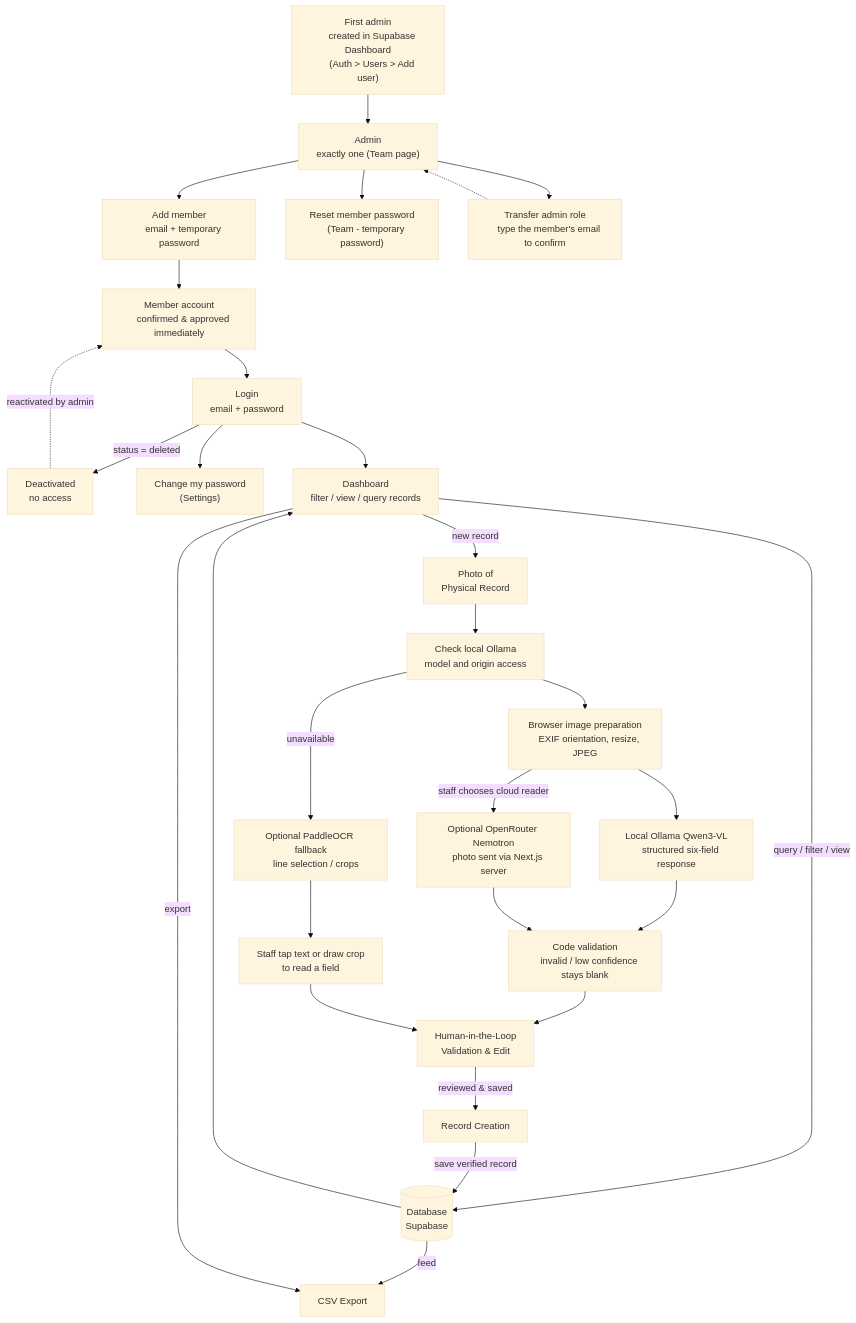
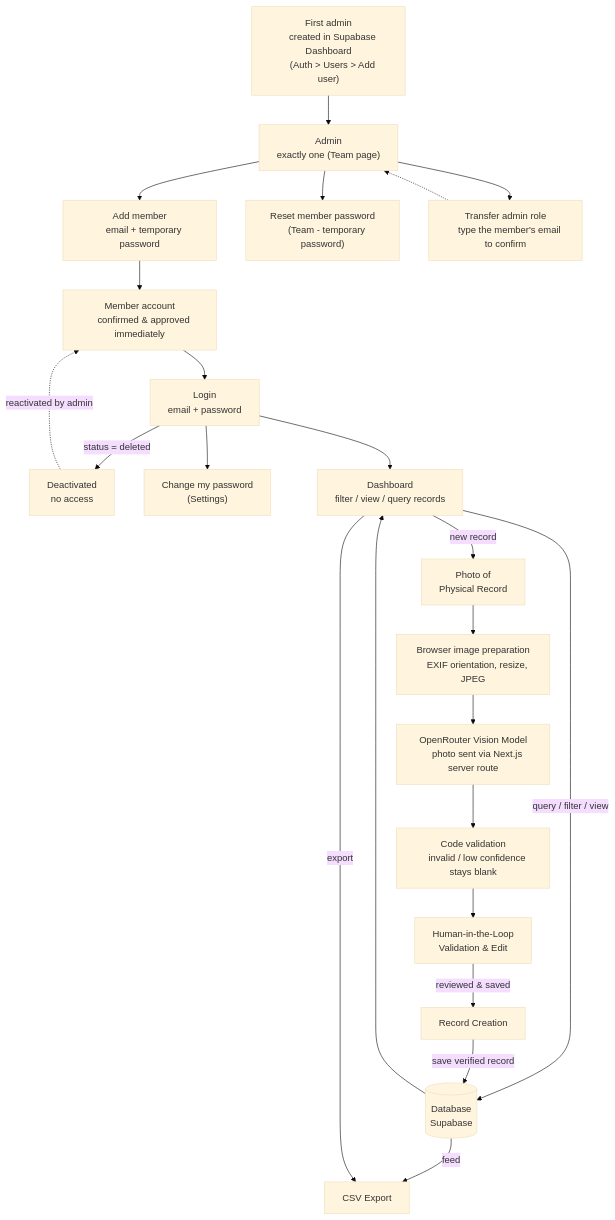
One commit to Monotonality/LapidaryArtsOCRPipeline changed the diagram in docs/workflow-diagram.md. Above: the diagram before and after it, drawn with Mermaid (base theme). The commit also changed other lines of this file and 13 other files, not shown here.

Commit message:
refactor: remove PaddleOCR and Ollama in favor of OpenRouter vision reader

````diff
--- a/docs/workflow-diagram.md
+++ b/docs/workflow-diagram.md
@@ -3,78 +3,64 @@
 ```mermaid
 flowchart TD
     FirstAdmin["First admin
     created in Supabase Dashboard
     (Auth > Users > Add user)"]
     Login["Login
     email + password"]
     Deactivated["Deactivated
     no access"]
     Admin["Admin
     exactly one (Team page)"]
     AddMember["Add member
     email + temporary password"]
     Member["Member account
     confirmed & approved immediately"]
     ChangePw["Change my password
     (Settings)"]
     ResetPw["Reset member password
     (Team - temporary password)"]
     Transfer["Transfer admin role
     type the member's email to confirm"]
 
     Dash["Dashboard
     filter / view / query records"]
     DB[("Database
     Supabase")]
     CSV["CSV Export"]
 
     Create["Record Creation"]
     Validate["Human-in-the-Loop
     Validation & Edit"]
     Prepare["Browser image preparation
     EXIF orientation, resize, JPEG"]
-    Health["Check local Ollama
-    model and origin access"]
-    OCR["Local Ollama Qwen3-VL
-    structured six-field response"]
-    Cloud["Optional OpenRouter Nemotron
-    photo sent via Next.js server"]
+    Cloud["OpenRouter Vision Model
+    photo sent via Next.js server route"]
     Check["Code validation
     invalid / low confidence stays blank"]
-    Fallback["Optional PaddleOCR fallback
-    line selection / crops"]
-    Select["Staff tap text or draw crop
-    to read a field"]
     Photo["Photo of
     Physical Record"]
 
     FirstAdmin --> Admin
     Admin --> AddMember
     Admin --> ResetPw
     Admin --> Transfer
     AddMember --> Member
     Transfer -.-> Admin
     Member --> Login
     Login -->|status = deleted| Deactivated
     Deactivated -.->|reactivated by admin| Member
     Login --> ChangePw
     Login --> Dash
 
     Dash -->|query / filter / view| DB
     DB -->|feed| CSV
     Dash -->|export| CSV
     Dash -->|new record| Photo
-    Photo --> Health
-    Health --> Prepare
-    Prepare --> OCR
-    Prepare -->|staff chooses cloud reader| Cloud
-    OCR --> Check
+    Photo --> Prepare
+    Prepare --> Cloud
     Cloud --> Check
     Check --> Validate
-    Health -->|unavailable| Fallback
-    Fallback --> Select
-    Select --> Validate
     Validate -->|reviewed & saved| Create
     Create -->|save verified record| DB
     DB --> Dash
 ```
````
